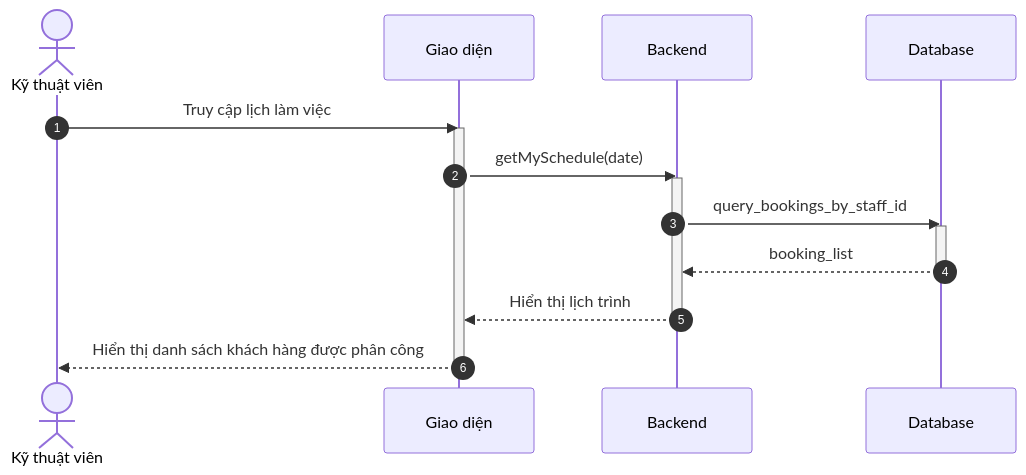
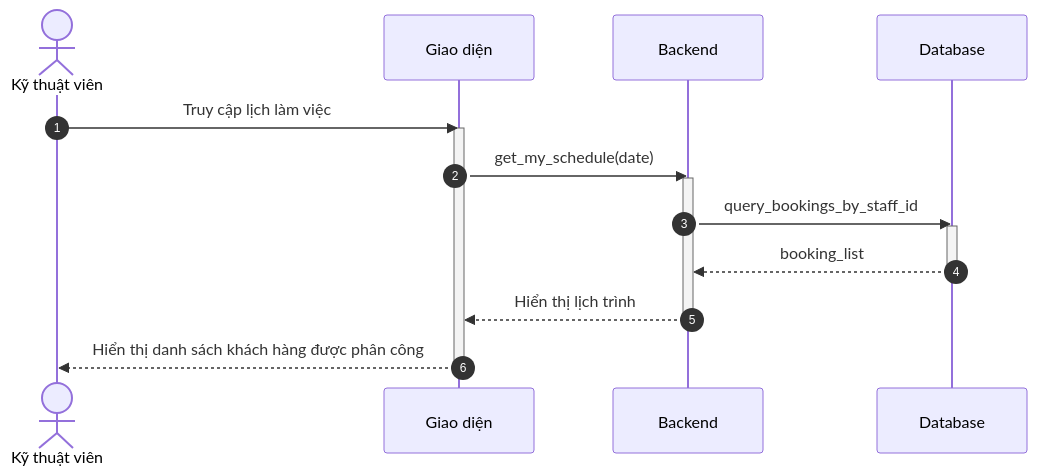
One commit to ngoctinn/Synapse changed the first of 2 diagrams in docs/design/sequences/technician_flows.md. Above: the diagram before and after it, drawn with Mermaid. The commit also changed other lines of this file and 4 other files, not shown here.

Commit message:
docs: Add activity and sequence diagrams for authentication, customer, receptionist, and technician flows.

````diff
--- a/docs/design/sequences/technician_flows.md
+++ b/docs/design/sequences/technician_flows.md
@@ -28,24 +28,24 @@
 ```mermaid
 sequenceDiagram
     autonumber
     actor KTV as Kỹ thuật viên
     participant UI as Giao diện
     participant BE as Backend
     participant DB as Database
 
     KTV->>UI: Truy cập lịch làm việc
     activate UI
-    UI->>BE: getMySchedule(date)
+    UI->>BE: get_my_schedule(date)
     activate BE
 
     BE->>DB: query_bookings_by_staff_id
     activate DB
     DB-->>BE: booking_list
     deactivate DB
 
     BE-->>UI: Hiển thị lịch trình
     deactivate BE
 
     UI-->>KTV: Hiển thị danh sách khách hàng được phân công
     deactivate UI
 ```
````
